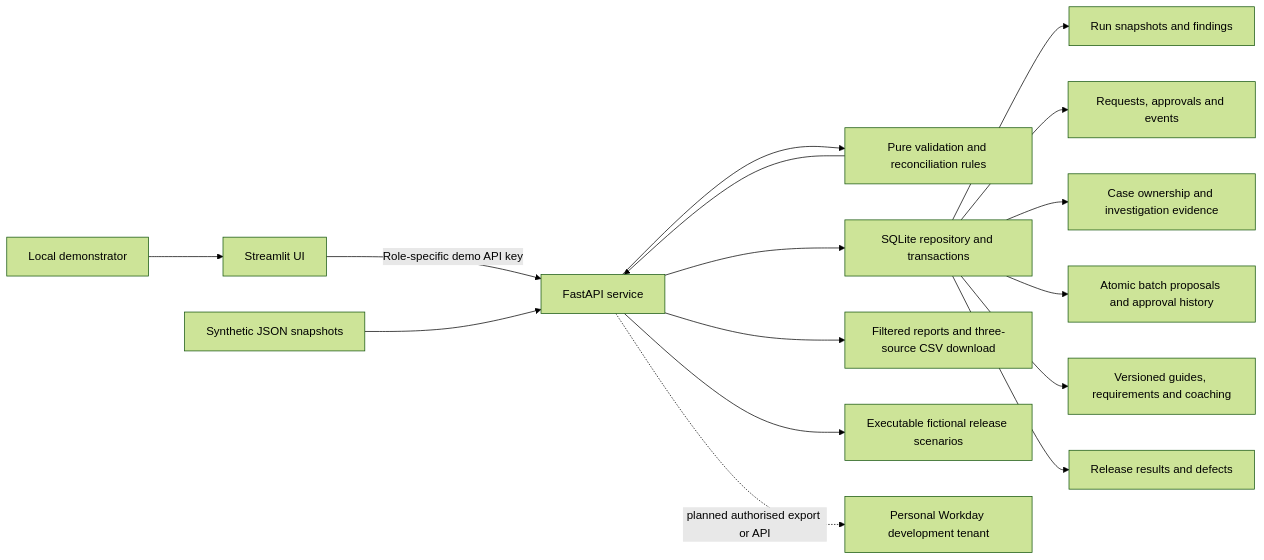
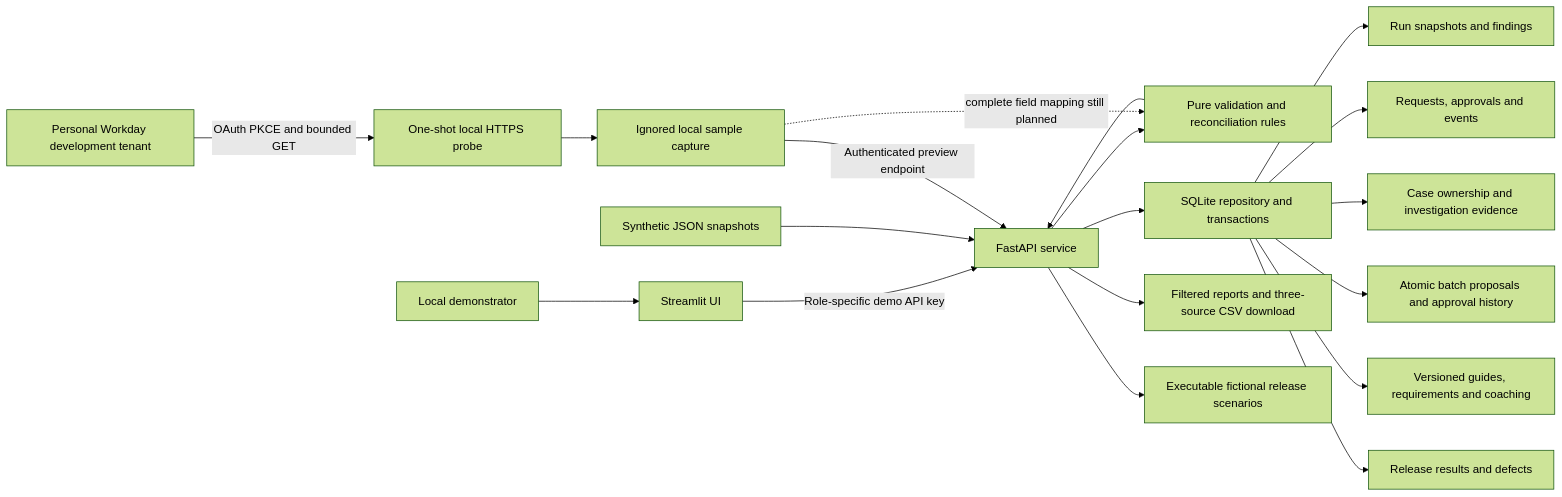
One commit to muhammadmubbashar/people-data-quality changed the diagram in docs/architecture.md. Above: the diagram before and after it, drawn with Mermaid (forest theme). The commit also changed other lines of this file and 14 other files, not shown here.

Commit message:
Verify read-only Workday OAuth probe and add saved sample preview

````diff
--- a/docs/architecture.md
+++ b/docs/architecture.md
@@ -5,18 +5,21 @@
 ```mermaid
 flowchart LR
     U[Local demonstrator] --> UI[Streamlit UI]
     UI -->|Role-specific demo API key| API[FastAPI service]
     J[Synthetic JSON snapshots] --> API
     API --> RULES[Pure validation and reconciliation rules]
     API --> STORE[SQLite repository and transactions]
     STORE --> RUNS[Run snapshots and findings]
     STORE --> CHANGES[Requests, approvals and events]
     STORE --> CASES[Case ownership and investigation evidence]
     STORE --> BATCHES[Atomic batch proposals and approval history]
     STORE --> DOCS[Versioned guides, requirements and coaching]
     STORE --> TESTS[Release results and defects]
     API --> CSV[Filtered reports and three-source CSV download]
     API --> REGRESSION[Executable fictional release scenarios]
     RULES --> API
-    API -. planned authorised export or API .-> WD[Personal Workday development tenant]
+    WD[Personal Workday development tenant] -->|OAuth PKCE and bounded GET| PROBE[One-shot local HTTPS probe]
+    PROBE --> CAPTURE[Ignored local sample capture]
+    CAPTURE -->|Authenticated preview endpoint| API
+    CAPTURE -. complete field mapping still planned .-> RULES
 ```
````
